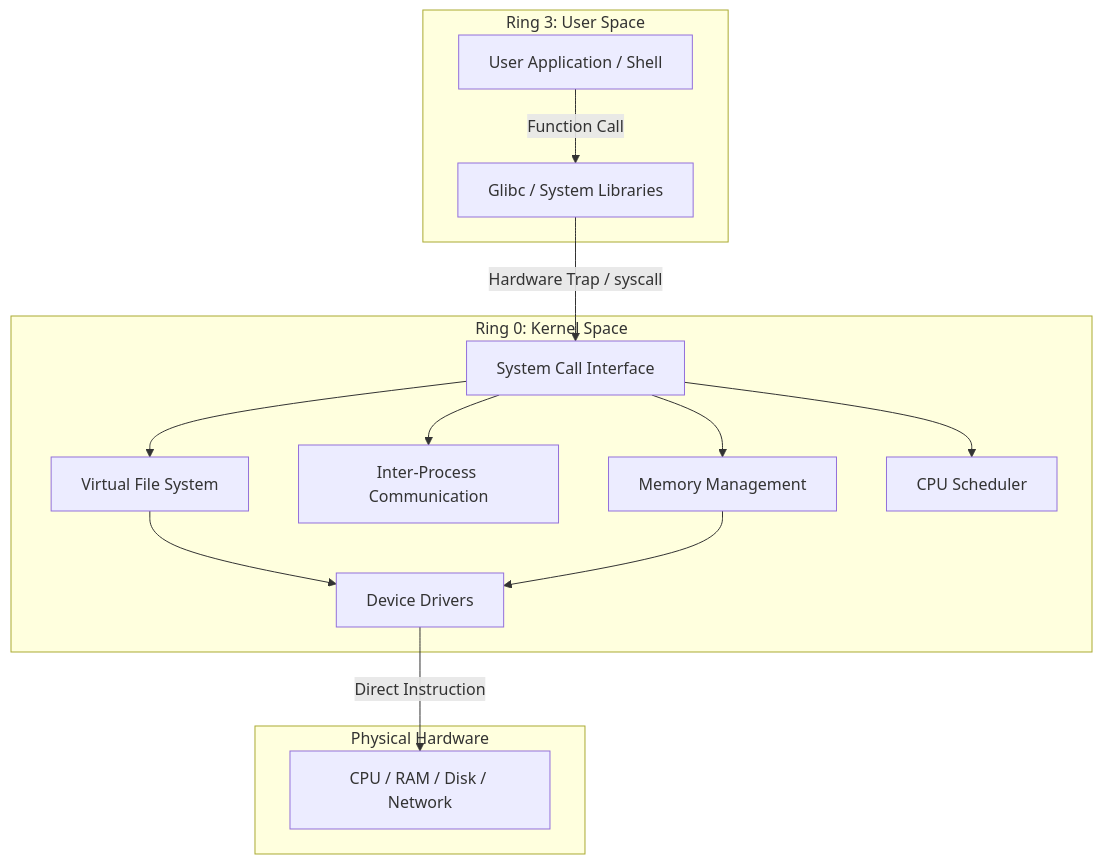
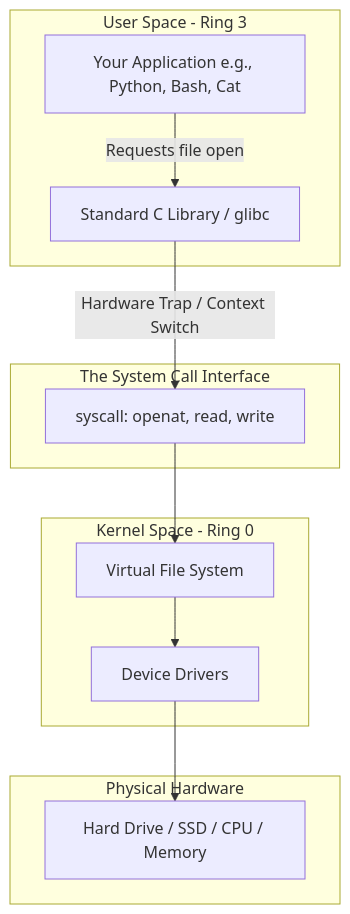
Before and after one commit to aloysiuspattath/platform-engineering-ai-course: the first of 2 diagrams in output/generated/module-01/lesson-01.md, drawn with Mermaid. The commit also changed other lines of this file and 7 other files, not shown here.

````diff
--- a/output/generated/module-01/lesson-01.md
+++ b/output/generated/module-01/lesson-01.md
@@ -69,31 +74,26 @@
 ```mermaid
 flowchart TD
-    subgraph User Space [Ring 3: User Space]
-        APP[User Application / Shell]
-        LIBC[Glibc / System Libraries]
-        APP -->|Function Call| LIBC
+    subgraph UserSpace [User Space - Ring 3]
+        A[Your Application e.g., Python, Bash, Cat]
+        B[Standard C Library / glibc]
+        A -->|Requests file open| B
     end
 
-    subgraph Kernel Space [Ring 0: Kernel Space]
-        SYSCALL[System Call Interface]
-        VFS[Virtual File System]
-        IPC[Inter-Process Communication]
-        MM[Memory Management]
-        SCHED[CPU Scheduler]
-        DRIVERS[Device Drivers]
-        
-        SYSCALL --> VFS
-        SYSCALL --> IPC
-        SYSCALL --> MM
-        SYSCALL --> SCHED
-        VFS --> DRIVERS
-        MM --> DRIVERS
+    subgraph Boundary [The System Call Interface]
+        C[syscall: openat, read, write]
     end
 
-    LIBC -->|Hardware Trap / syscall| SYSCALL
+    subgraph KernelSpace [Kernel Space - Ring 0]
+        D[Virtual File System]
+        E[Device Drivers]
+    end
 
     subgraph Hardware [Physical Hardware]
-        CPU[CPU / RAM / Disk / Network]
-        DRIVERS -->|Direct Instruction| CPU
+        F[Hard Drive / SSD / CPU / Memory]
     end
+
+    B -->|Hardware Trap / Context Switch| C
+    C --> D
+    D --> E
+    E --> F
 ```
````
